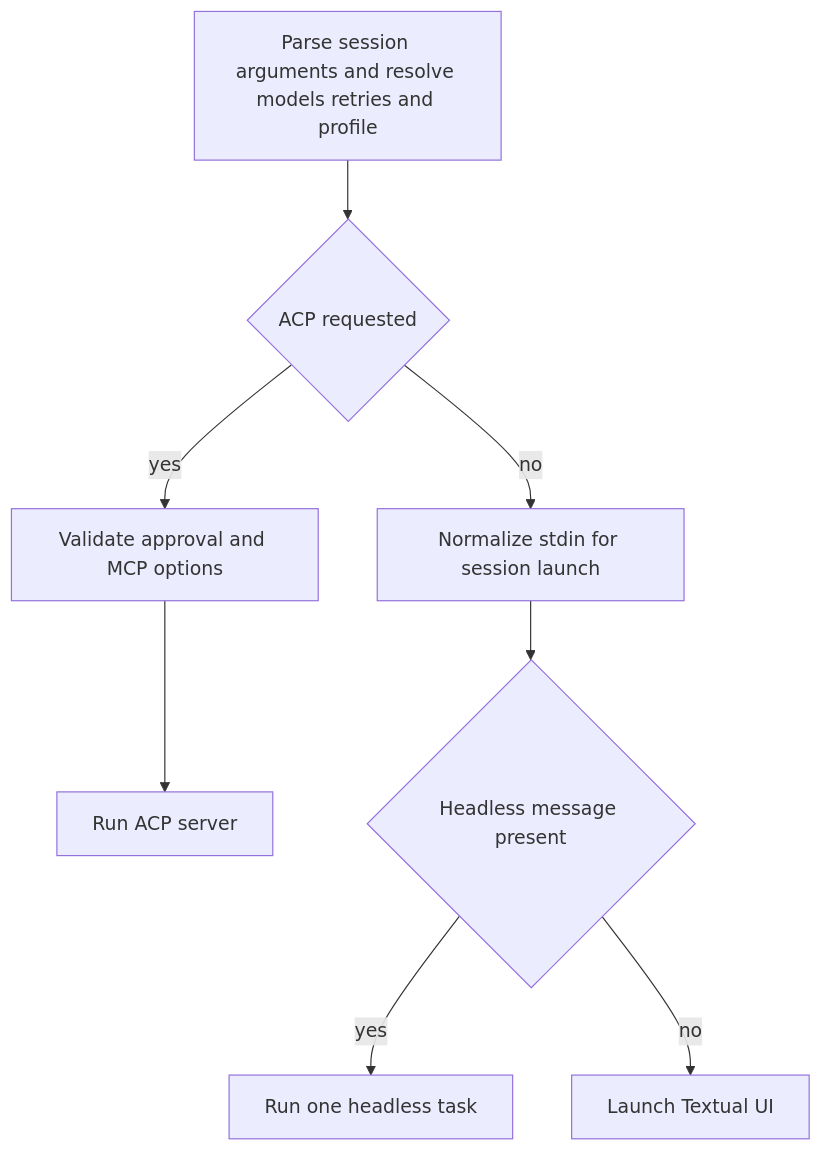
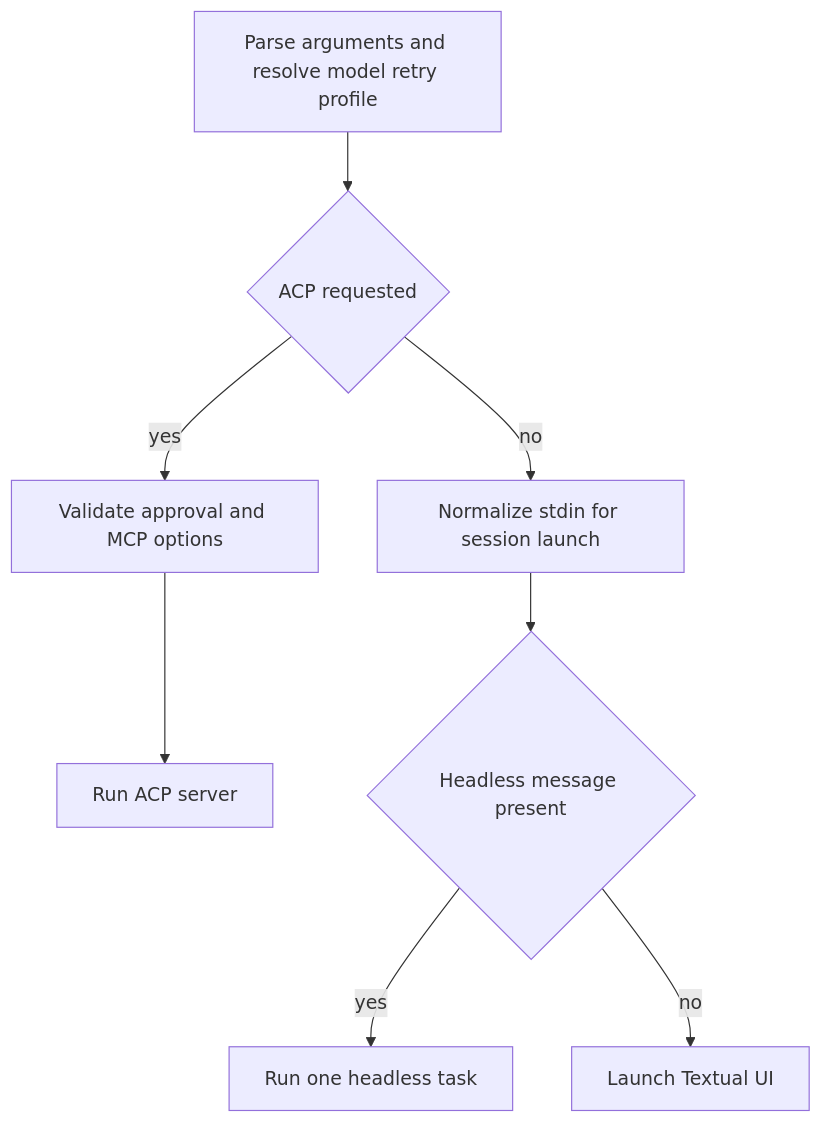
One commit to langchain-ai/deepagents changed the first of 3 diagrams in openwiki/workflows/run-dcode-session.md. Above: the diagram before and after it, drawn with Mermaid. The commit also changed other lines of this file and 35 other files, not shown here.

````diff
--- a/openwiki/workflows/run-dcode-session.md
+++ b/openwiki/workflows/run-dcode-session.md
@@ -69,10 +81,10 @@
 ```mermaid
 flowchart TD
-    Parse["Parse session arguments and resolve models retries and profile"] --> ACPChoice{"ACP requested"}
+    Parse["Parse arguments and resolve model retry profile"] --> ACPChoice{"ACP requested"}
     ACPChoice -->|yes| ACPCheck["Validate approval and MCP options"]
     ACPCheck --> ACPRun["Run ACP server"]
     ACPChoice -->|no| Normalize["Normalize stdin for session launch"]
     Normalize --> HeadlessChoice{"Headless message present"}
     HeadlessChoice -->|yes| HeadlessRun["Run one headless task"]
     HeadlessChoice -->|no| TUIRun["Launch Textual UI"]
 ```
````
